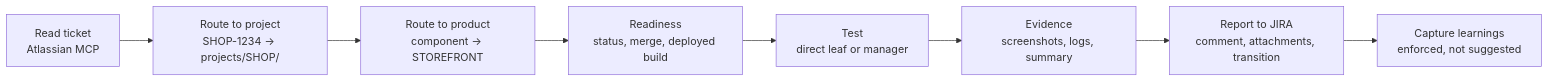
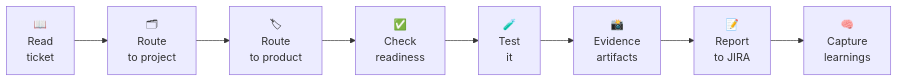
The diagram in README.md (Sn4kyGit/qa-agent-blueprint), drawn with Mermaid before and after one commit. The commit also changed other lines of this file, not shown here.

Commit message:
docs: redesign How-it-works — terminal-style walkthrough + emoji flow diagram

````diff
--- a/README.md
+++ b/README.md
@@ -70,10 +97,10 @@
 ```mermaid
 flowchart LR
-  A["Read ticket<br/>Atlassian MCP"] --> B["Route to project<br/>SHOP-1234 → projects/SHOP/"]
-  B --> C["Route to product<br/>component → STOREFRONT"]
-  C --> D["Readiness<br/>status, merge, deployed build"]
-  D --> E["Test<br/>direct leaf or manager"]
-  E --> F["Evidence<br/>screenshots, logs, summary"]
-  F --> G["Report to JIRA<br/>comment, attachments, transition"]
-  G --> H["Capture learnings<br/>enforced, not suggested"]
+  A["📖<br/>Read<br/>ticket"] --> B["🗂<br/>Route<br/>to project"]
+  B --> C["🏷<br/>Route<br/>to product"]
+  C --> D["✅<br/>Check<br/>readiness"]
+  D --> E["🧪<br/>Test<br/>it"]
+  E --> F["📸<br/>Evidence<br/>artifacts"]
+  F --> G["📝<br/>Report<br/>to JIRA"]
+  G --> H["🧠<br/>Capture<br/>learnings"]
 ```
````
